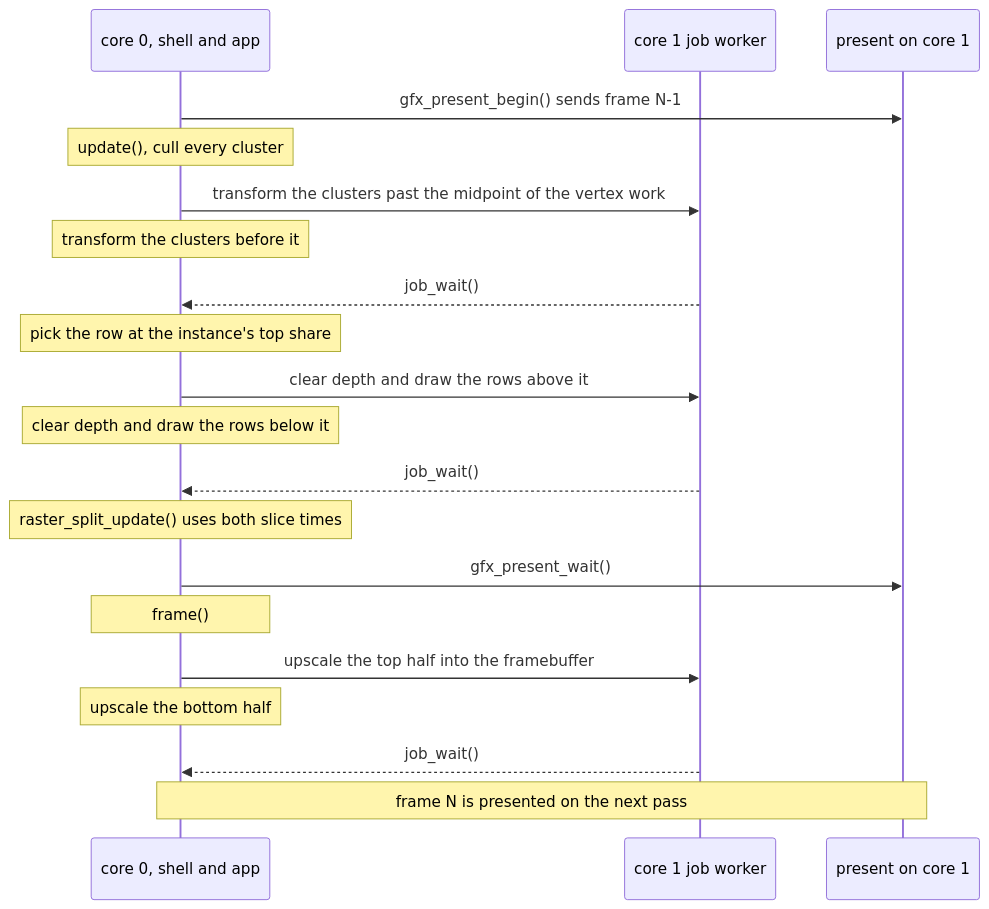
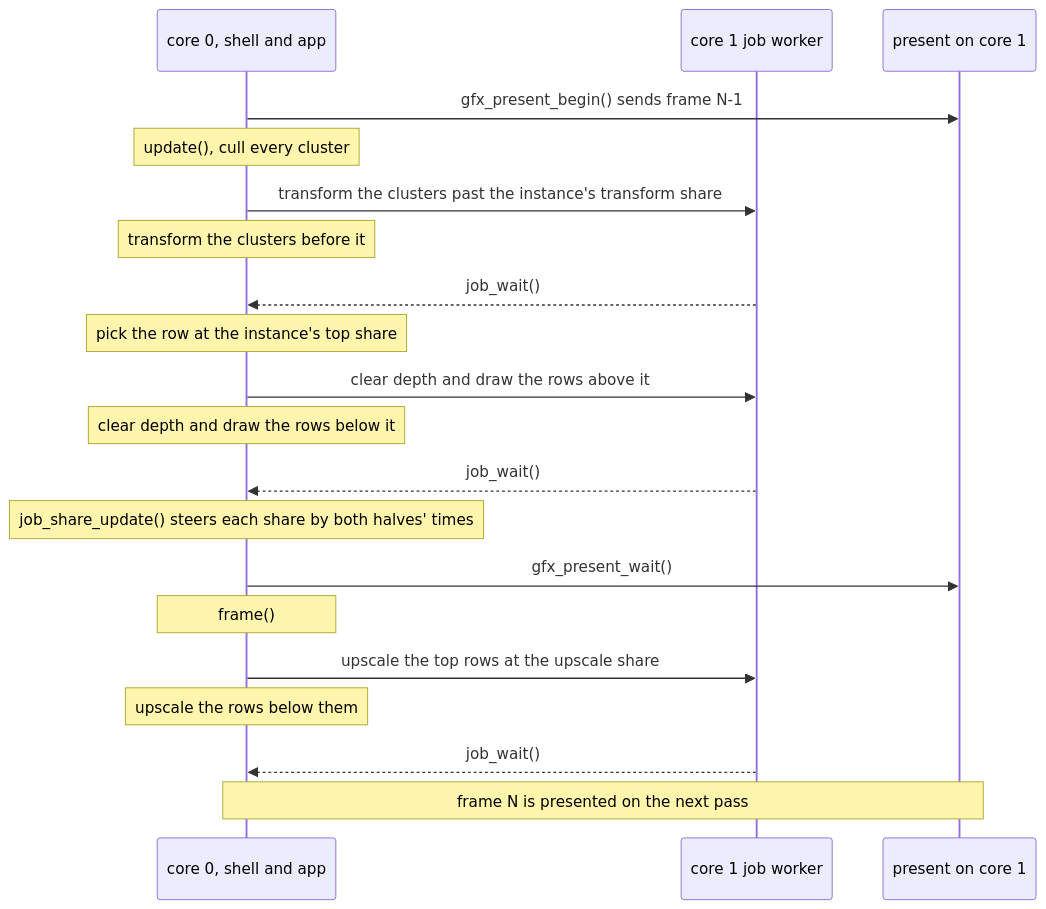
The second of 4 diagrams in docs/render/Mesh-Rendering.md (jose-villegas/autana), drawn with Mermaid before and after one commit. The commit also changed other lines of this file and 16 other files, not shown here.

Commit message:
job: every two-core split steers by both halves' times, so core 1's present no longer stalls the even ones (autana-ga3p)

````diff
--- a/docs/render/Mesh-Rendering.md
+++ b/docs/render/Mesh-Rendering.md
@@ -167,22 +168,22 @@
 ```mermaid
 sequenceDiagram
     participant C0 as core 0, shell and app
     participant J as core 1 job worker
     participant P as present on core 1
     C0->>P: gfx_present_begin() sends frame N-1
     Note over C0: update(), cull every cluster
-    C0->>J: transform the clusters past the midpoint of the vertex work
+    C0->>J: transform the clusters past the instance's transform share
     Note over C0: transform the clusters before it
     J-->>C0: job_wait()
     Note over C0: pick the row at the instance's top share
     C0->>J: clear depth and draw the rows above it
     Note over C0: clear depth and draw the rows below it
     J-->>C0: job_wait()
-    Note over C0: raster_split_update() uses both slice times
+    Note over C0: job_share_update() steers each share by both halves' times
     C0->>P: gfx_present_wait()
     Note over C0: frame()
-    C0->>J: upscale the top half into the framebuffer
-    Note over C0: upscale the bottom half
+    C0->>J: upscale the top rows at the upscale share
+    Note over C0: upscale the rows below them
     J-->>C0: job_wait()
     Note over C0,P: frame N is presented on the next pass
 ```
````
